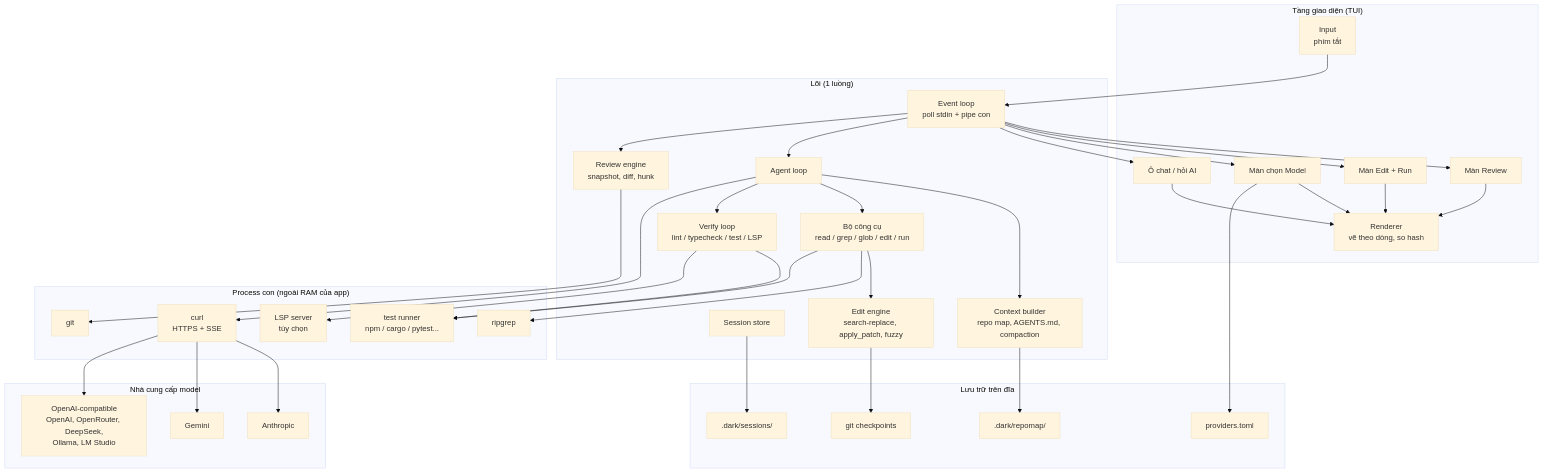
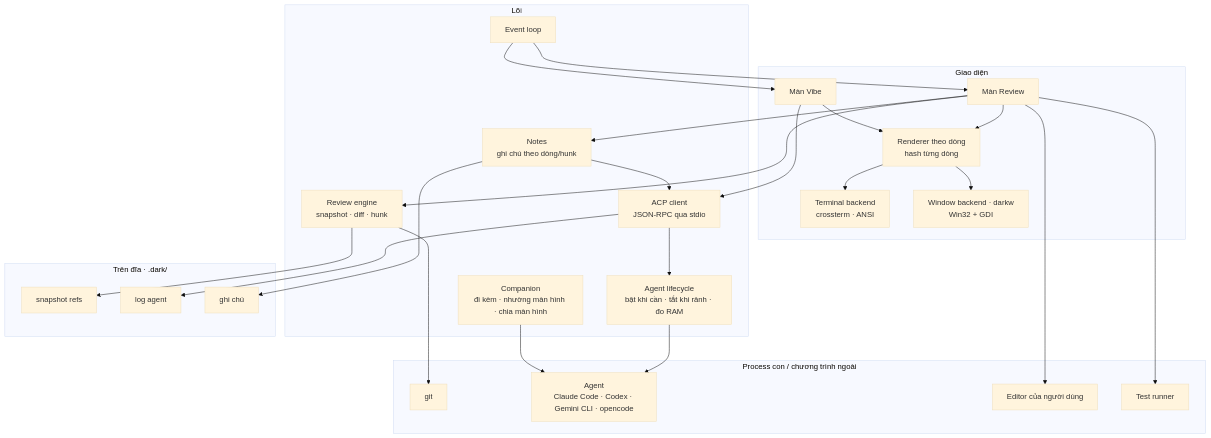
Before and after one commit to lhnhidev/dark: the diagram in docs/ARCHITECTURE.md, drawn with Mermaid (base theme). The commit also changed other lines of this file and 7 other files, not shown here.

Commit message:
docs: redefine product scope and roadmap

````diff
--- a/docs/ARCHITECTURE.md
+++ b/docs/ARCHITECTURE.md
@@ -37,58 +42,45 @@
 ```mermaid
 flowchart TB
-    subgraph UI["Tầng giao diện (TUI)"]
-        R[Renderer<br/>vẽ theo dòng, so hash]
-        IN[Input<br/>phím tắt]
+    subgraph FRONT["Giao diện"]
+        TB[Terminal backend<br/>crossterm · ANSI]
+        WB[Window backend · darkw<br/>Win32 + GDI]
+        R[Renderer theo dòng<br/>hash từng dòng]
         S1[Màn Review]
-        S2[Màn Edit + Run]
-        S3[Màn chọn Model]
-        S4[Ô chat / hỏi AI]
+        S2[Màn Vibe]
     end
 
-    subgraph CORE["Lõi (1 luồng)"]
-        EL[Event loop<br/>poll stdin + pipe con]
-        SES[Session store]
-        AG[Agent loop]
-        TL[Bộ công cụ<br/>read / grep / glob / edit / run]
-        ED[Edit engine<br/>search-replace, apply_patch, fuzzy]
-        CTX[Context builder<br/>repo map, AGENTS.md, compaction]
-        VF[Verify loop<br/>lint / typecheck / test / LSP]
-        RV[Review engine<br/>snapshot, diff, hunk]
+    subgraph CORE["Lõi"]
+        EL[Event loop]
+        RV[Review engine<br/>snapshot · diff · hunk]
+        NT[Notes<br/>ghi chú theo dòng/hunk]
+        AC[ACP client<br/>JSON-RPC qua stdio]
+        LM[Agent lifecycle<br/>bật khi cần · tắt khi rảnh · đo RAM]
+        CM[Companion<br/>đi kèm · nhường màn hình · chia màn hình]
     end
 
-    subgraph EXT["Process con (ngoài RAM của app)"]
-        CURL[curl<br/>HTTPS + SSE]
+    subgraph EXT["Process con / chương trình ngoài"]
         GIT[git]
-        RG[ripgrep]
-        TEST[test runner<br/>npm / cargo / pytest...]
-        LSP[LSP server<br/>tùy chọn]
+        AGT[Agent<br/>Claude Code · Codex · Gemini CLI · opencode]
+        ED[Editor của người dùng]
+        TEST[Test runner]
     end
 
-    subgraph DISK["Lưu trữ trên đĩa"]
-        CFG[providers.toml]
-        HIST[.dark/sessions/]
-        MAP[.dark/repomap/]
-        CK[git checkpoints]
+    subgraph DISK["Trên đĩa · .dark/"]
+        SNAP[snapshot refs]
+        LOG[log agent]
+        NOTE[ghi chú]
     end
 
-    subgraph AI["Nhà cung cấp model"]
-        P1[Anthropic]
-        P2[Gemini]
-        P3[OpenAI-compatible<br/>OpenAI, OpenRouter, DeepSeek,<br/>Ollama, LM Studio]
-    end
-
-    IN --> EL
-    EL --> S1 & S2 & S3 & S4
-    S1 & S2 & S3 & S4 --> R
-    EL --> AG & RV
-    AG --> CTX & TL & VF
-    TL --> ED
-    TL --> RG & TEST
+    EL --> S1 & S2
+    S1 & S2 --> R --> TB & WB
+    S1 --> RV & NT
+    S2 --> AC
     RV --> GIT
-    ED --> CK
-    VF --> TEST & LSP
-    AG --> CURL --> P1 & P2 & P3
-    CTX --> MAP
-    SES --> HIST
-    S3 --> CFG
+    RV --> SNAP
+    NT --> NOTE
+    NT --> AC
+    AC --> LM --> AGT
+    AC --> LOG
+    CM --> AGT
+    S1 --> ED & TEST
 ```
````
